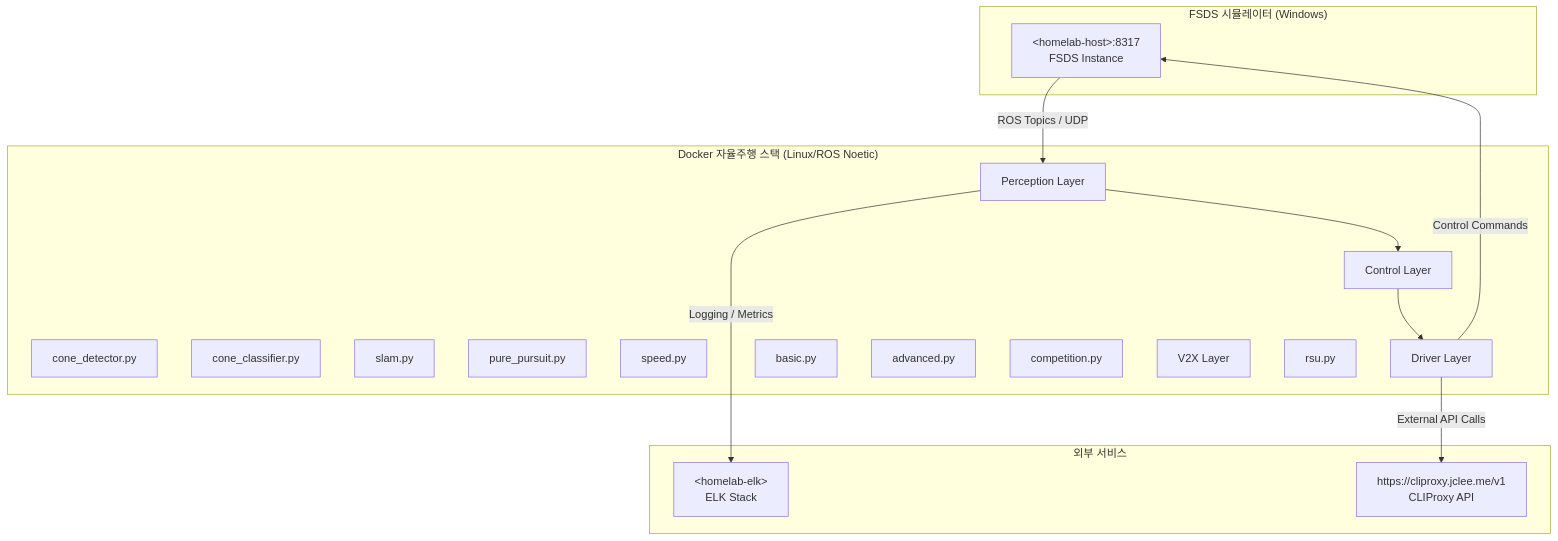
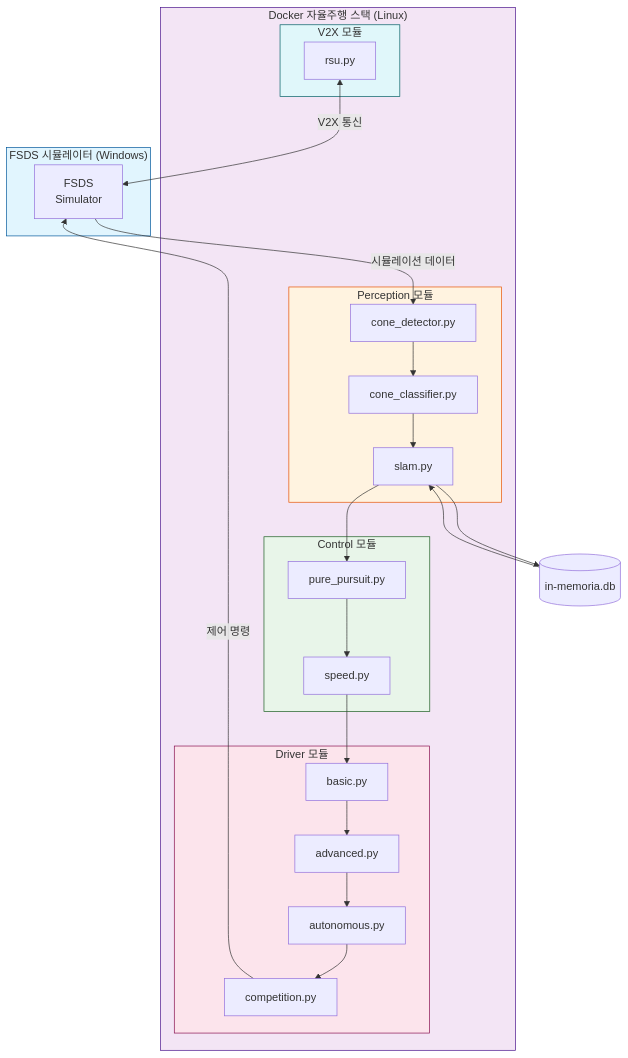
The diagram in README.md (jclee941/hycu_fsds), drawn with Mermaid before and after one commit. The commit also changed other lines of this file, not shown here.

````diff
--- a/README.md
+++ b/README.md
@@ -73,38 +73,53 @@
 ```mermaid
 flowchart TB
     subgraph Simulator["FSDS 시뮬레이터 (Windows)"]
-        A["&lt;homelab-host&gt;:8317<br/>FSDS Instance"]
+        A[FSDS<br/>Simulator]
     end
 
-    subgraph DockerStack["Docker 자율주행 스택 (Linux/ROS Noetic)"]
-        B[" Perception Layer "]
-        B1["cone_detector.py"]
-        B2["cone_classifier.py"]
-        B3["slam.py"]
+    subgraph DockerStack["Docker 자율주행 스택 (Linux)"]
+        subgraph Perception["Perception 모듈"]
+            B[cone_detector.py]
+            C[cone_classifier.py]
+            D[slam.py]
+        end
 
-        C[" Control Layer "]
-        C1["pure_pursuit.py"]
-        C2["speed.py"]
+        subgraph Control["Control 모듈"]
+            E[pure_pursuit.py]
+            F[speed.py]
+        end
 
-        D[" Driver Layer "]
-        D1["basic.py"]
-        D2["advanced.py"]
-        D3["competition.py"]
+        subgraph Drivers["Driver 모듈"]
+            G[basic.py]
+            H[advanced.py]
+            I[autonomous.py]
+            J[competition.py]
+        end
 
-        E[" V2X Layer "]
-        E1["rsu.py"]
+        subgraph V2X["V2X 모듈"]
+            K[rsu.py]
+        end
     end
 
-    subgraph External[" 외부 서비스 "]
-        F["&lt;homelab-elk&gt;<br/>ELK Stack"]
-        G["https://cliproxy.jclee.me/v1<br/>CLIProxy API"]
-    end
+    L[(in-memoria.db)]
 
-    A -->|"ROS Topics / UDP"| B
+    A -->|시뮬레이션 데이터| B
     B --> C
     C --> D
-    D -->|"Control Commands"| A
+    D --> E
+    E --> F
+    F --> G
+    G --> H
+    H --> I
+    I --> J
+    J -->|제어 명령| A
+    K <-->|V2X 통신| A
+    D --> L
+    L --> D
 
-    B -->|"Logging / Metrics"| F
-    D -->|"External API Calls"| G
+    style Simulator fill:#e1f5fe,stroke:#01579b
+    style DockerStack fill:#f3e5f5,stroke:#4a148c
+    style Perception fill:#fff3e0,stroke:#e65100
+    style Control fill:#e8f5e9,stroke:#1b5e20
+    style Drivers fill:#fce4ec,stroke:#880e4f
+    style V2X fill:#e0f7fa,stroke:#006064
 ```
````
